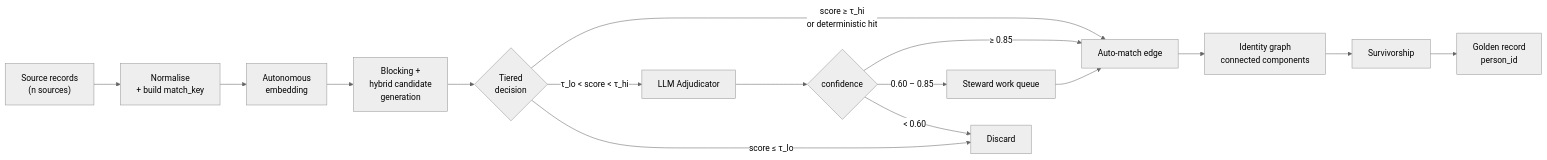
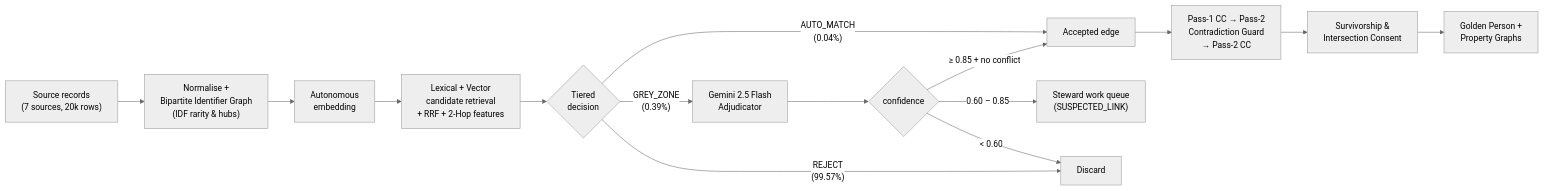
The second of 2 diagrams in ARCHITECTURE.md (MattATurner/bigquery-cdp), drawn with Mermaid (neutral theme) before and after one commit. The commit also changed other lines of this file and 30 other files, not shown here.

Commit message:
feat(cdp): upgrade Composable CDP with 2-hop graph rarity, semantic property graphs, 5-act notebooks & ADK agents

````diff
--- a/ARCHITECTURE.md
+++ b/ARCHITECTURE.md
@@ -91,18 +92,17 @@
 ```mermaid
 flowchart LR
-    S1["Source records<br/>(n sources)"] --> S2["Normalise<br/>+ build match_key"]
+    S1["Source records<br/>(7 sources, 20k rows)"] --> S2["Normalise +<br/>Bipartite Identifier Graph<br/>(IDF rarity & hubs)"]
     S2 --> S3["Autonomous<br/>embedding"]
-    S3 --> S4["Blocking +<br/>hybrid candidate<br/>generation"]
+    S3 --> S4["Lexical + Vector<br/>candidate retrieval<br/>+ RRF + 2-Hop features"]
     S4 --> S5{"Tiered<br/>decision"}
-    S5 -->|"score ≥ τ_hi<br/>or deterministic hit"| S6["Auto-match edge"]
-    S5 -->|"τ_lo < score < τ_hi"| S7["LLM Adjudicator"]
-    S5 -->|"score ≤ τ_lo"| S8["Discard"]
+    S5 -->|"AUTO_MATCH<br/>(0.04%)"| S6["Accepted edge"]
+    S5 -->|"GREY_ZONE<br/>(0.39%)"| S7["Gemini 2.5 Flash<br/>Adjudicator"]
+    S5 -->|"REJECT<br/>(99.57%)"| S8["Discard"]
     S7 --> S9{"confidence"}
-    S9 -->|"≥ 0.85"| S6
-    S9 -->|"0.60 – 0.85"| S10["Steward work queue"]
+    S9 -->|"≥ 0.85 + no conflict"| S6
+    S9 -->|"0.60 – 0.85"| S10["Steward work queue<br/>(SUSPECTED_LINK)"]
     S9 -->|"< 0.60"| S8
-    S10 --> S6
-    S6 --> S11["Identity graph<br/>connected components"]
-    S11 --> S12["Survivorship"]
-    S12 --> S13["Golden record<br/>person_id"]
+    S6 --> S11["Pass-1 CC → Pass-2<br/>Contradiction Guard<br/>→ Pass-2 CC"]
+    S11 --> S12["Survivorship &<br/>Intersection Consent"]
+    S12 --> S13["Golden Person +<br/>Property Graphs"]
 ```
````
